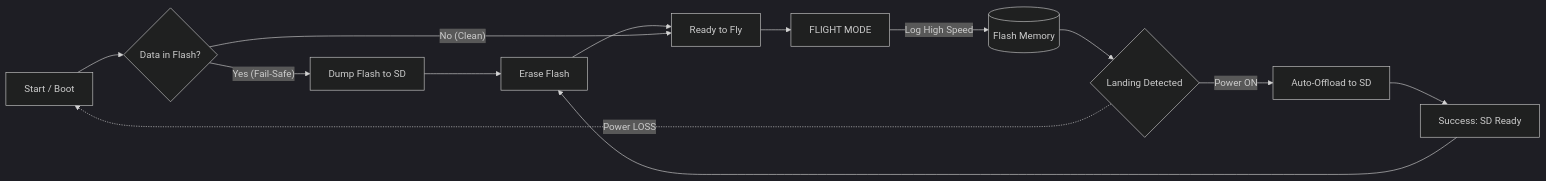
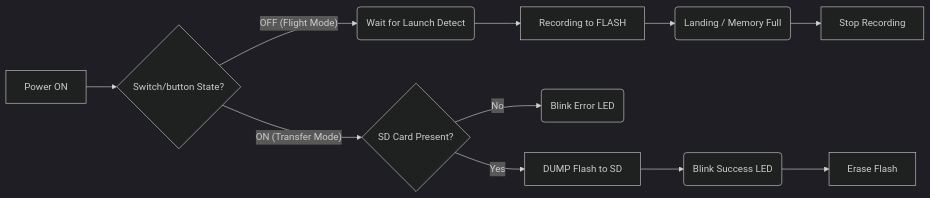
The diagram in docs/technical/Logging_Framework.md (Volta-Rocketry/ELS-02), drawn with Mermaid (dark theme) before and after one commit. The commit also changed other lines of this file, not shown here.

Commit message:
Revise Logging Framework documentation for clarity
Updated the Logging Framework documentation to clarify the deferred storage architecture and data recovery process, and corrected minor typographical errors.

````diff
--- a/docs/technical/Logging_Framework.md
+++ b/docs/technical/Logging_Framework.md
@@ -23,18 +23,15 @@
 ```mermaid
 graph LR
-    A[Start / Boot] --> B{Data in Flash?}
-    B -- Yes (Fail-Safe) --> C[Dump Flash to SD]
-    C --> D[Erase Flash]
-    D --> E[Ready to Fly]
-    B -- No (Clean) --> E
+    A[Power ON] --> B{Switch/button State?}
     
-    E --> F[FLIGHT MODE]
-    F -->|Log High Speed| G[(Flash Memory)]
+    B -- "OFF (Flight Mode)" --> C(Wait for Launch Detect)
+    C --> D[Recording to FLASH]
+    D --> E(Landing / Memory Full)
+    E --> F[Stop Recording]
     
-    G --> H{Landing Detected}
-    H -->|Power ON| I[Auto-Offload to SD]
-    H -.->|Power LOSS| A
-    
-    I --> J[Success: SD Ready]
-    J --> D
+    B -- "ON (Transfer Mode)" --> H{SD Card Present?}
+    H -- No --> I(Blink Error LED)
+    H -- Yes --> J[DUMP Flash to SD]
+    J --> K(Blink Success LED)
+    K --> L[Erase Flash]
 ```
````
